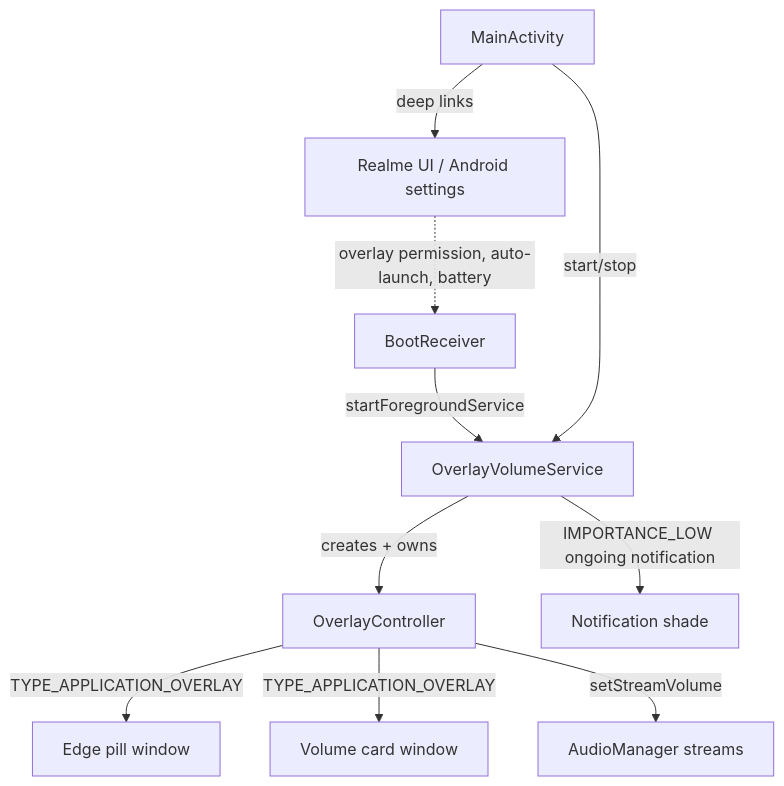
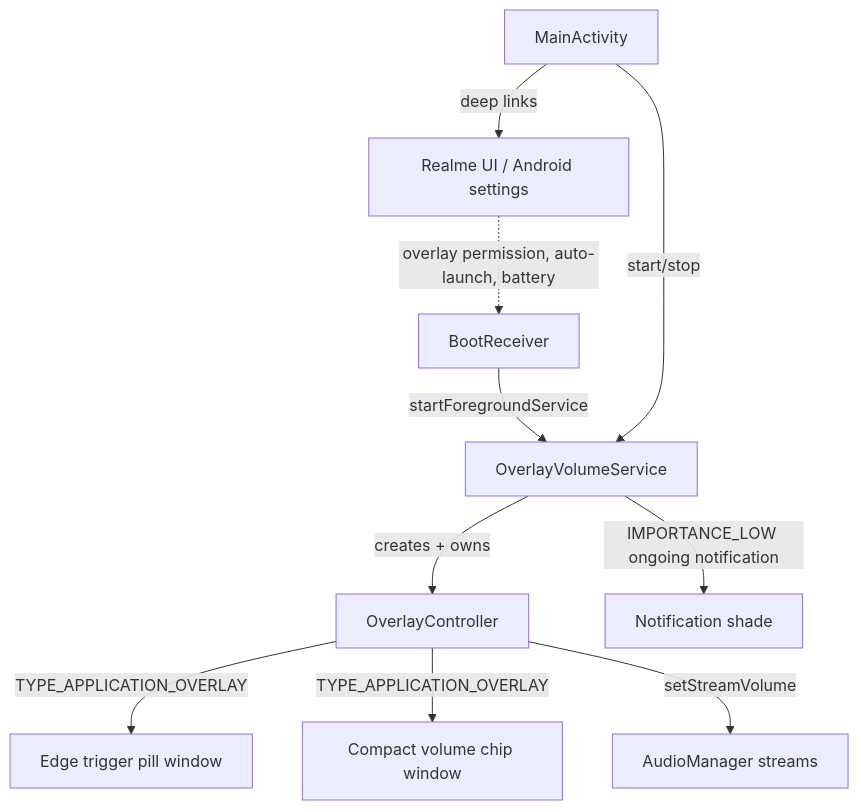
One commit to Mostakim2005/volume-manager changed the first of 2 diagrams in docs/ARCHITECTURE.md. Above: the diagram before and after it, drawn with Mermaid. The commit also changed other lines of this file and 4 other files, not shown here.

Commit message:
docs: sync documentation with compact chip redesign and add interactive HTML previews

````diff
--- a/docs/ARCHITECTURE.md
+++ b/docs/ARCHITECTURE.md
@@ -6,12 +6,12 @@
 ```mermaid
 flowchart TD
     BOOT[BootReceiver] -->|startForegroundService| SVC[OverlayVolumeService]
     ACT[MainActivity] -->|start/stop| SVC
     SVC -->|creates + owns| OC[OverlayController]
     SVC -->|IMPORTANCE_LOW ongoing notification| NOTIF[Notification shade]
-    OC -->|TYPE_APPLICATION_OVERLAY| HANDLE[Edge pill window]
-    OC -->|TYPE_APPLICATION_OVERLAY| PANEL[Volume card window]
+    OC -->|TYPE_APPLICATION_OVERLAY| HANDLE[Edge trigger pill window]
+    OC -->|TYPE_APPLICATION_OVERLAY| CHIP[Compact volume chip window]
     OC -->|setStreamVolume| AUDIO[AudioManager streams]
     ACT -->|deep links| OEM[Realme UI / Android settings]
     OEM -.->|overlay permission, auto-launch, battery| BOOT
 ```
````
